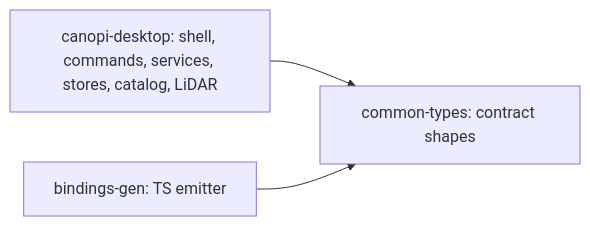
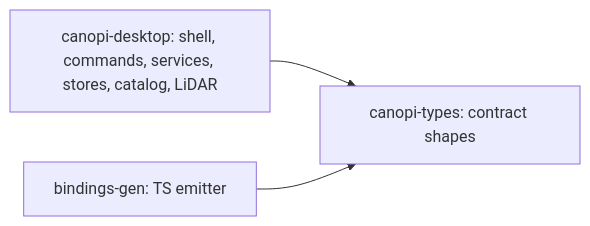
Before and after one commit to opencanopi/canopi: the sixth of 8 diagrams in docs/architecture/components.md, drawn with Mermaid. The commit also changed other lines of this file and 222 other files, not shown here.

````diff
--- a/docs/architecture/components.md
+++ b/docs/architecture/components.md
@@ -247,8 +247,8 @@
 ```mermaid
 flowchart LR
   canopi_desktop["canopi-desktop: shell, commands, services, stores, catalog, LiDAR"]
-  common_types["common-types: contract shapes"]
+  canopi_types["canopi-types: contract shapes"]
   bindings_gen["bindings-gen: TS emitter"]
-  canopi_desktop --> common_types
-  bindings_gen --> common_types
+  canopi_desktop --> canopi_types
+  bindings_gen --> canopi_types
 ```
````
